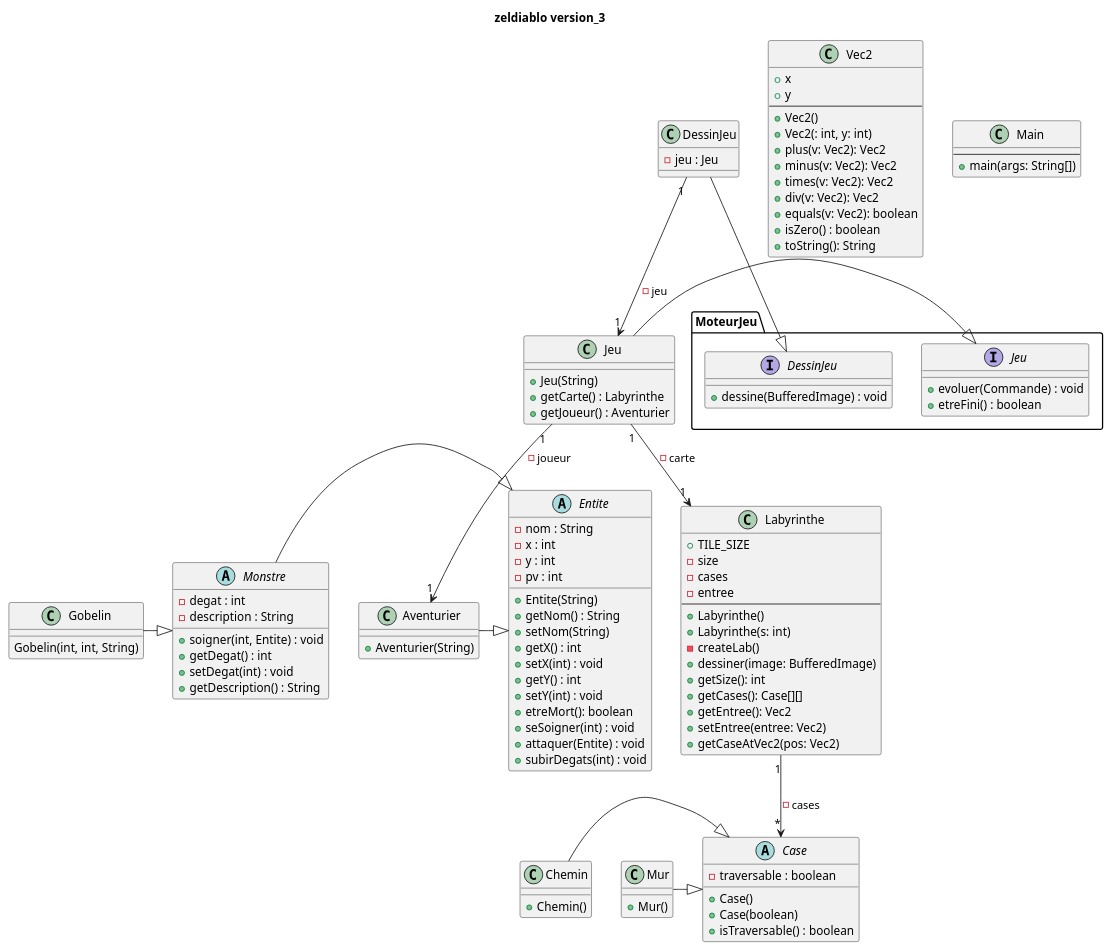
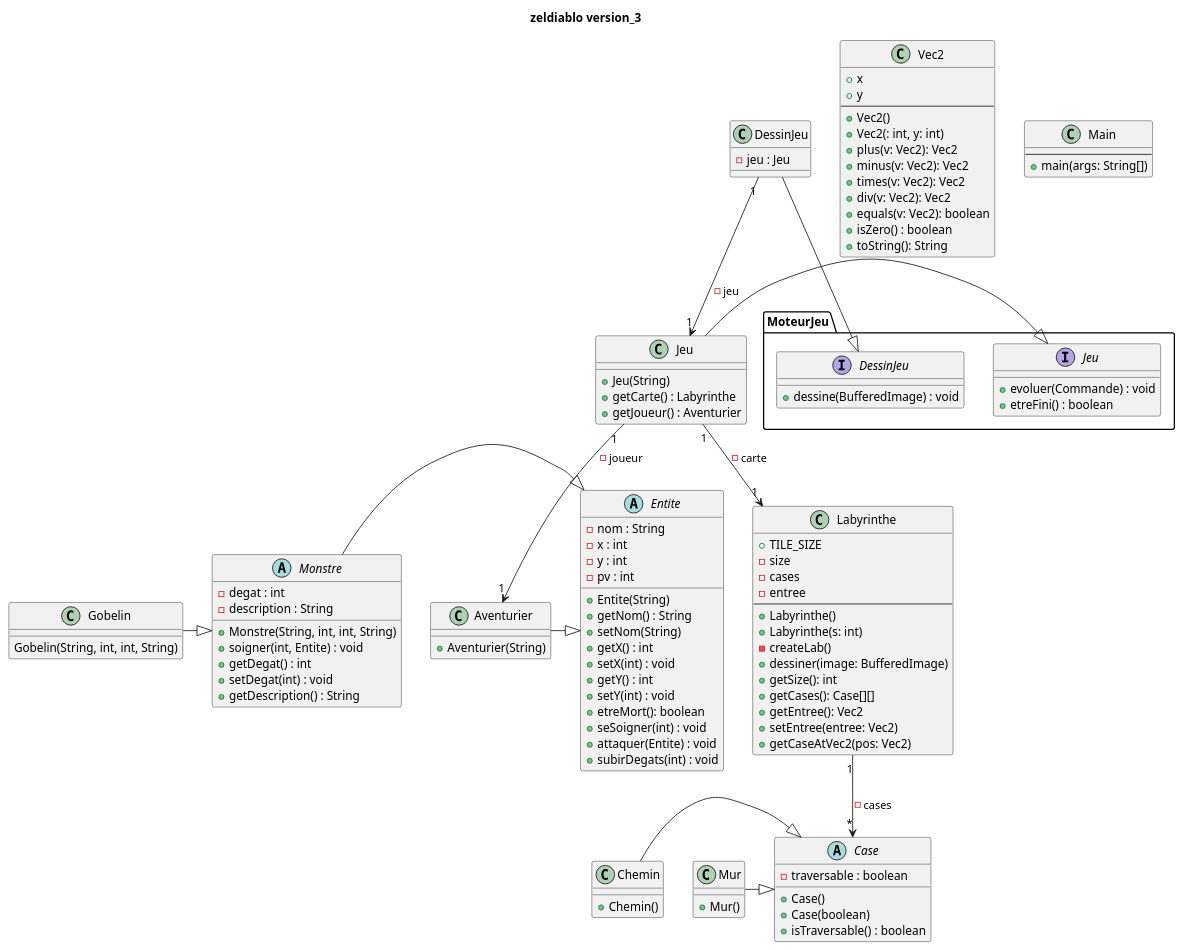
Before and after one commit to toxicbloud/Zeldiablo: the diagram in documents/version_3/diagramme_classe_version_3.puml, drawn with PlantUML. The commit also changed 2 other files, not shown here.

Commit message:
ajout classe Gobelin + modification classe monstre

```diff
--- a/documents/version_3/diagramme_classe_version_3.puml
+++ b/documents/version_3/diagramme_classe_version_3.puml
@@ -1,132 +1,133 @@
 @startuml
 title zeldiablo version_3
 
 class Jeu{
 
     + Jeu(String)
     + getCarte() : Labyrinthe
     + getJoueur() : Aventurier
 }
 
 abstract class Case{
     - traversable : boolean
     + Case()
     + Case(boolean)
     + isTraversable() : boolean
 }
 
 class Chemin{
 
     + Chemin()
 }
 
 class Mur{
 
     + Mur()
 }
 
 class Labyrinthe {
     + TILE_SIZE
     - size
     - cases
     - entree
     --
     + Labyrinthe()
     + Labyrinthe(s: int)
     - createLab()
     + dessiner(image: BufferedImage)
     + getSize(): int
     + getCases(): Case[][]
     + getEntree(): Vec2
     + setEntree(entree: Vec2)
     + getCaseAtVec2(pos: Vec2)
 }
 
 class Vec2 {
     + x
     + y
     --
     + Vec2()
     + Vec2(: int, y: int)
     + plus(v: Vec2): Vec2
     + minus(v: Vec2): Vec2
     + times(v: Vec2): Vec2
     + div(v: Vec2): Vec2
     + equals(v: Vec2): boolean
     + isZero() : boolean
     + toString(): String
 }
 
 
 
 abstract class Entite{
 
     - nom : String
     - x : int
     - y : int
     - pv : int
 
     + Entite(String)
     + getNom() : String
     + setNom(String)
     + getX() : int
     + setX(int) : void
     + getY() : int
     + setY(int) : void
     + etreMort(): boolean
     + seSoigner(int) : void
     + attaquer(Entite) : void
     + subirDegats(int) : void
 
 }
 
 abstract Monstre{
     - degat : int
     - description : String
 
+    + Monstre(String, int, int, String)
     + soigner(int, Entite) : void
     + getDegat() : int
     + setDegat(int) : void
     + getDescription() : String
 }
 
 class Gobelin{
 
-    Gobelin(int, int, String)
+    Gobelin(String, int, int, String)
 }
 
 class Aventurier{
     + Aventurier(String)
 }
 
 class DessinJeu{
     - jeu : Jeu
 }
 
 class Main{
     --
     + main(args: String[])
 }
 
 interface MoteurJeu.DessinJeu{
     + dessine(BufferedImage) : void
 }
 
 interface MoteurJeu.Jeu{
     + evoluer(Commande) : void
     + etreFini() : boolean
 }
 
 
 Labyrinthe "1" --> "*" Case : - cases
 Chemin -|> Case
 Mur -|> Case
 Jeu -|> MoteurJeu.Jeu
 DessinJeu -|> MoteurJeu.DessinJeu
 Aventurier -|> Entite
 Monstre -|> Entite
 Gobelin -|> Monstre
 Jeu "1" --> "1" Labyrinthe : - carte
 Jeu "1" --> "1" Aventurier : - joueur
 DessinJeu "1" --> "1" Jeu : - jeu
 @enduml
```
